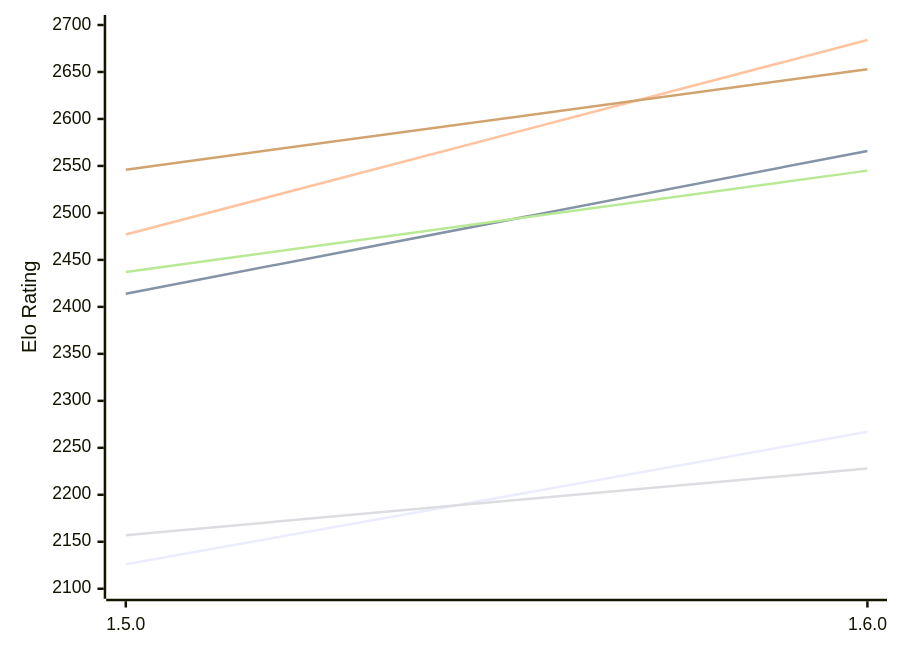
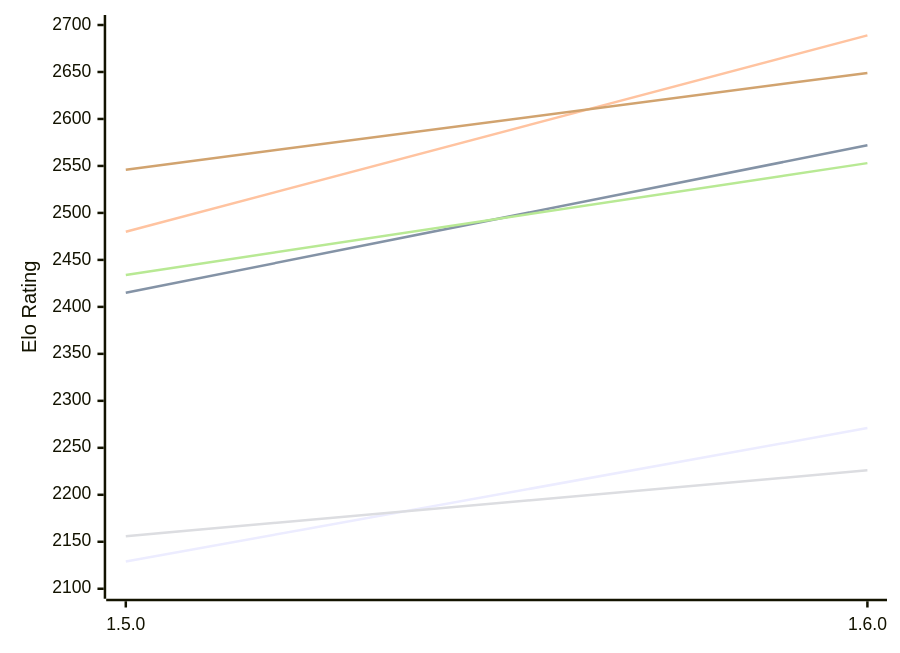
Before and after one commit to computer-chess-index/cci: the first of 2 diagrams in engines/Tofiks.md, drawn with Mermaid. The commit also changed other lines of this file, not shown here.

Commit message:
Update CCI Ratings (ELO VLTC) - 2026-11-22

````diff
--- a/engines/Tofiks.md
+++ b/engines/Tofiks.md
@@ -51,12 +51,12 @@
 ```mermaid
 %%{init: {"theme":"base","themeVariables":{"seriesColors:['#a3a3a3','#222221','#faa371']}}}%%
 xychart-beta
   x-axis ["1.5.0", "1.6.0"]
   y-axis "Elo Rating" 2100 --> 2700
-  line "E1: STC (8.0+0.08s)" [2126, 2267]
-  line "E1: LTC (60.0+0.60s)" [2414, 2566]
-  line "E1: VLTC (2m24s+1.12s)" [2477, 2684]
-  line "P1: STC (8.0+0.08s)" [2157, 2228]
-  line "P1: LTC (60.0+0.60s)" [2437, 2545]
-  line "P1: VLTC (2m24s+1.12s)" [2546, 2653]
+  line "E1: STC (8.0+0.08s)" [2129, 2271]
+  line "E1: LTC (60.0+0.60s)" [2415, 2572]
+  line "E1: VLTC (2m24s+1.12s)" [2480, 2689]
+  line "P1: STC (8.0+0.08s)" [2156, 2226]
+  line "P1: LTC (60.0+0.60s)" [2434, 2553]
+  line "P1: VLTC (2m24s+1.12s)" [2546, 2649]
 ```
````
